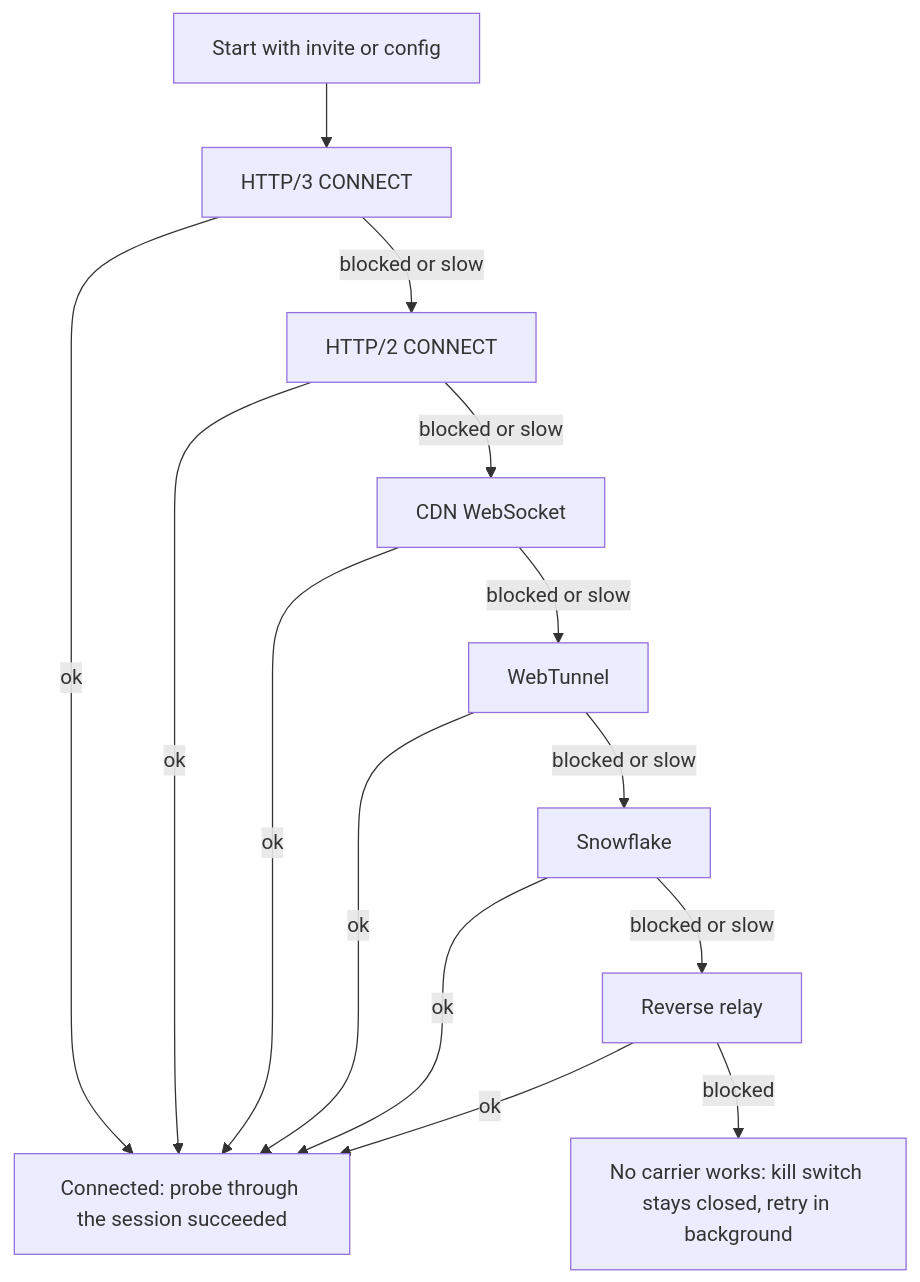
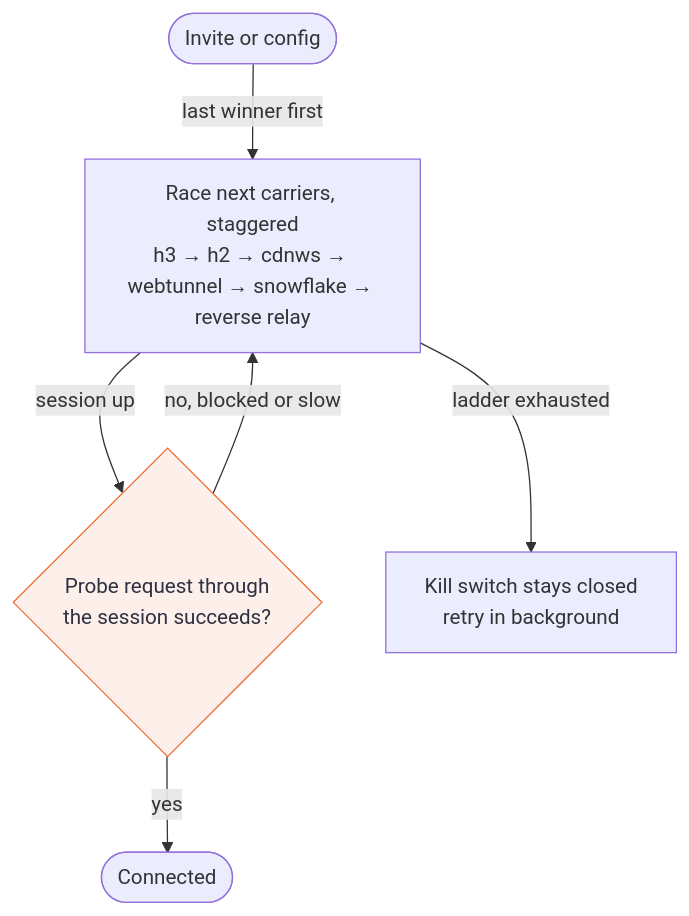
Before and after one commit to payam-foundation/dotvpn-client: the diagram in README.md, drawn with Mermaid.

Commit message:
docs: refresh README (#1)

````diff
--- a/README.md
+++ b/README.md
@@ -18,26 +18,17 @@
 ```mermaid
 flowchart TD
-    start["Start with invite or config"]
-    h3["HTTP/3 CONNECT"]
-    h2["HTTP/2 CONNECT"]
-    cdn["CDN WebSocket"]
-    wt["WebTunnel"]
-    snow["Snowflake"]
-    relay["Reverse relay"]
-    ok["Connected: probe through the session succeeded"]
-    ks["No carrier works: kill switch stays closed, retry in background"]
+    start(["Invite or config"])
+    race["Race next carriers, staggered<br/>h3 → h2 → cdnws → webtunnel → snowflake → reverse relay"]
+    probe{"Probe request through<br/>the session succeeds?"}
+    ok(["Connected"])
+    ks["Kill switch stays closed<br/>retry in background"]
 
-    start --> h3
-    h3 -->|"blocked or slow"| h2
-    h2 -->|"blocked or slow"| cdn
-    cdn -->|"blocked or slow"| wt
-    wt -->|"blocked or slow"| snow
-    snow -->|"blocked or slow"| relay
-    h3 -->|"ok"| ok
-    h2 -->|"ok"| ok
-    cdn -->|"ok"| ok
-    wt -->|"ok"| ok
-    snow -->|"ok"| ok
-    relay -->|"ok"| ok
-    relay -->|"blocked"| ks
+    start -->|"last winner first"| race
+    race -->|"session up"| probe
+    probe -->|"yes"| ok
+    probe -->|"no, blocked or slow"| race
+    race -->|"ladder exhausted"| ks
+
+    classDef focal fill:#fdf0ea,stroke:#eb6c36,color:#2d3142
+    class probe focal
 ```
````
